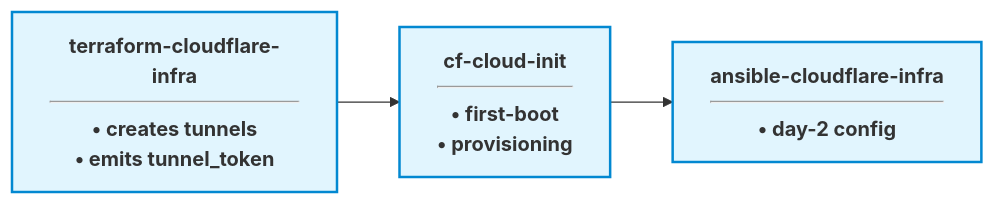
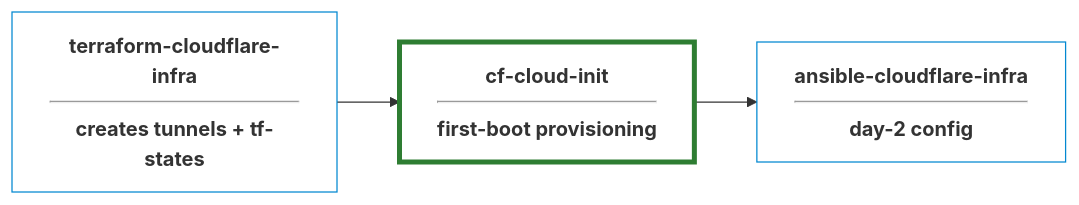
Before and after one commit to prometejs/cf-mesh-cloud-init: the diagram in README.md, drawn with Mermaid. The commit also changed other lines of this file, not shown here.

Commit message:
Refactor README with updated diagram and links
Updated the README to improve clarity and fix hyperlink formatting.

````diff
--- a/README.md
+++ b/README.md
@@ -19,20 +13,20 @@
 ```mermaid
 graph LR
-    %% Style definitions for look and feel
-    classDef default fill:#f9f9f9,stroke:#333,stroke-width:2px;
-    classDef linkNode fill:#e1f5fe,stroke:#0288d1,stroke-width:2px,font-weight:bold;
+    %% Style definitions
+    classDef default fill:transparent,stroke:#333,stroke-width:1px;
+    classDef linkNode fill:transparent,stroke:#0288d1,stroke-width:1px,font-weight:bold;
+    classDef activeLinkNodeClass fill:transparent,stroke:#2e7d32,stroke-width:4px,font-weight:bold;
 
     %% Diagram nodes
-    T["terraform-cloudflare-infra<br/><hr/>• creates tunnels<br/>• emits tunnel_token"]:::linkNode
-    C["cf-cloud-init<br/><hr/>• first-boot<br/>• provisioning"]:::linkNode
-    A["ansible-cloudflare-infra<br/><hr/>• day-2 config"]:::linkNode
+    T["terraform-cloudflare-infra<br/><hr/>creates tunnels + tf-states"]:::linkNode
+    C["cf-cloud-init<br/><hr/>first-boot provisioning"]:::activeLinkNodeClass
+    A["ansible-cloudflare-infra<br/><hr/>day-2 config"]:::linkNode
 
-    %% Flow connections
+    %% Flow connections with text notes
     T --> C
     C --> A
 
-    %% Clickable hyperlinks
-    click T "https://github.com" "Open Terraform Repo"
-    click C "https://github.com" "Open Cloud-Init Repo"
-    click A "https://github.com" "Open Ansible Repo"
+    %% Clickable hyperlinks (Fixed with 'href')
+    click T href "https://github.com/prometejs/terraform-cloudflare-infra$0" "Open Terraform Repo"
+    click C href "https://github.com/prometejs/cf-cloud-init/tree/main$0" "Open Cloud-Init Repo"
 ```
````
